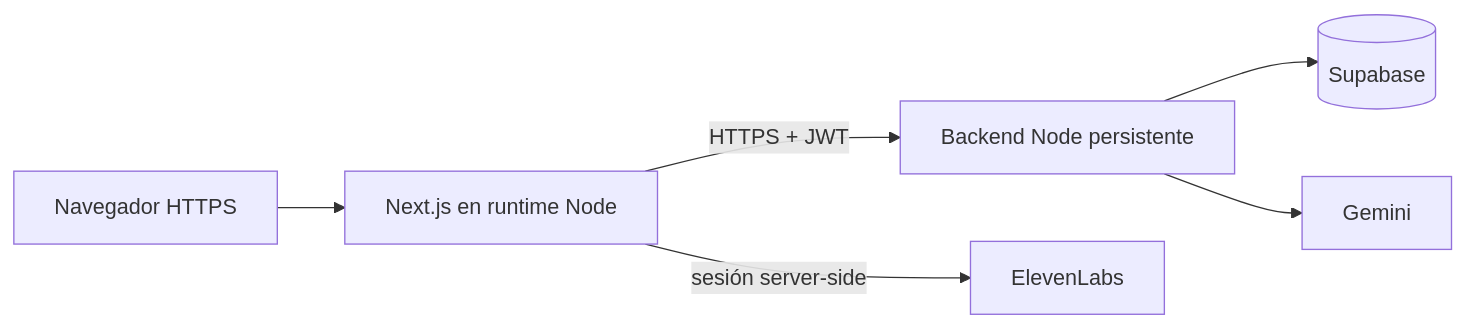
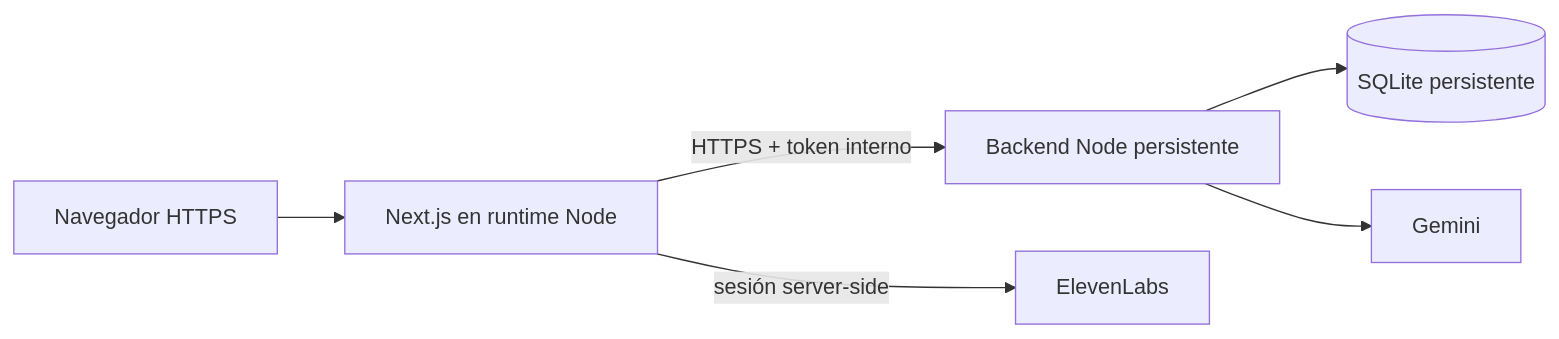
One commit to Hydra115-code/Ine-hacktoon changed the third of 3 diagrams in README.md. Above: the diagram before and after it, drawn with Mermaid. The commit also changed other lines of this file and 70 other files, not shown here.

````diff
--- a/README.md
+++ b/README.md
@@ -148,8 +147,8 @@
 ```mermaid
 flowchart LR
     Browser[Navegador HTTPS] --> Front[Next.js en runtime Node]
-    Front -->|HTTPS + JWT| Back[Backend Node persistente]
-    Back --> DB[(Supabase)]
+    Front -->|HTTPS + token interno| Back[Backend Node persistente]
+    Back --> DB[(SQLite persistente)]
     Back --> Gemini[Gemini]
     Front -->|sesión server-side| Eleven[ElevenLabs]
 ```
````
